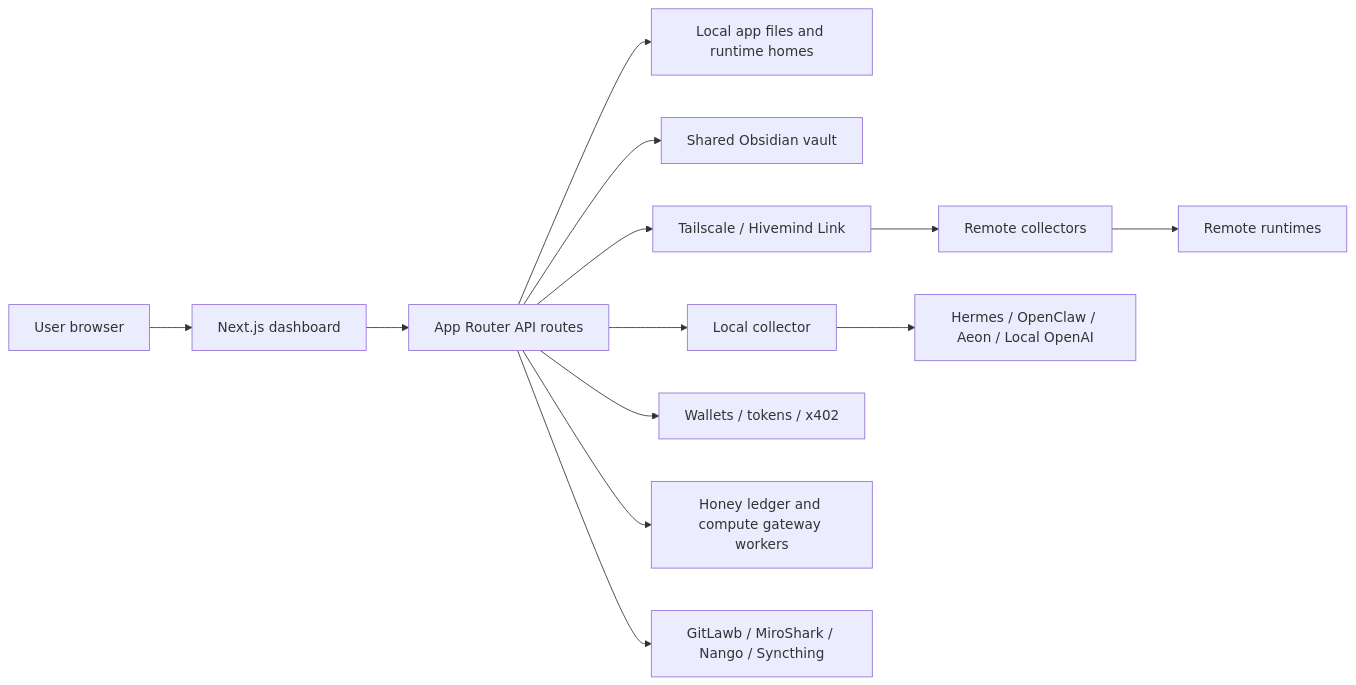
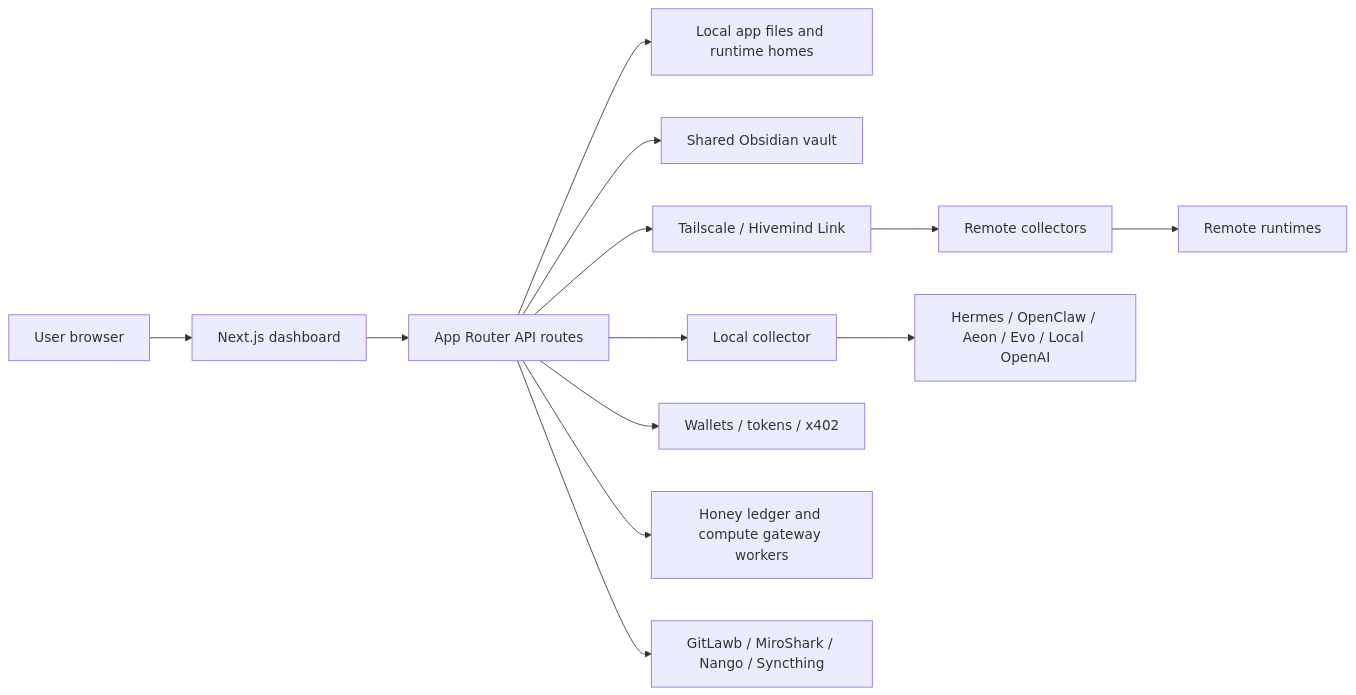
The diagram in docs/index.md (LiamVisionary/hivemindos), drawn with Mermaid before and after one commit. The commit also changed other lines of this file and 103 other files, not shown here.

````diff
--- a/docs/index.md
+++ b/docs/index.md
@@ -162,15 +162,15 @@
 ```mermaid
 flowchart LR
   User["User browser"] --> Dashboard["Next.js dashboard"]
   Dashboard --> Api["App Router API routes"]
   Api --> LocalFiles["Local app files and runtime homes"]
   Api --> Vault["Shared Obsidian vault"]
   Api --> Collector["Local collector"]
   Api --> Tailnet["Tailscale / Hivemind Link"]
   Tailnet --> RemoteCollectors["Remote collectors"]
-  Collector --> Runtimes["Hermes / OpenClaw / Aeon / Local OpenAI"]
+  Collector --> Runtimes["Hermes / OpenClaw / Aeon / Evo / Local OpenAI"]
   RemoteCollectors --> RemoteRuntimes["Remote runtimes"]
   Api --> Wallets["Wallets / tokens / x402"]
   Api --> Workers["Honey ledger and compute gateway workers"]
   Api --> Companions["GitLawb / MiroShark / Nango / Syncthing"]
 ```
````
